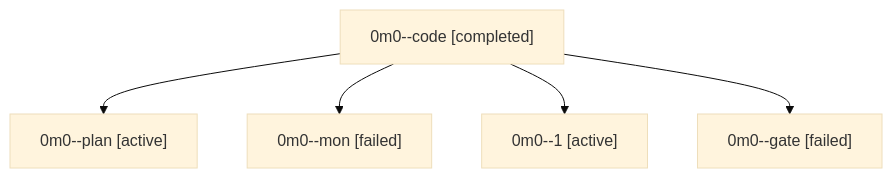
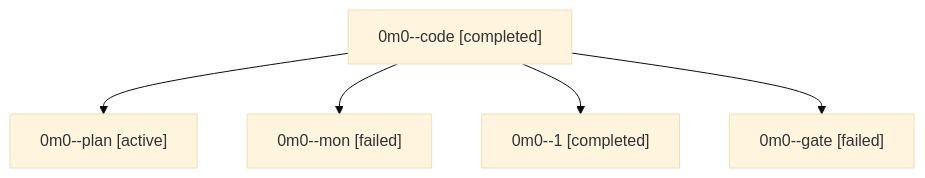
One commit to sase-org/sase--agents changed the diagram in families/bbugyi200.athena.0m0.md. Above: the diagram before and after it, drawn with Mermaid (base theme). The commit also changed other lines of this file and 35830 other files, not shown here.

````diff
--- a/families/bbugyi200.athena.0m0.md
+++ b/families/bbugyi200.athena.0m0.md
@@ -9,12 +9,12 @@
 ```mermaid
 flowchart TD
   n0["0m0--code [completed]"]
   n1["0m0--plan [active]"]
   n0 --> n1
   n2["0m0--mon [failed]"]
   n0 --> n2
-  n3["0m0--1 [active]"]
+  n3["0m0--1 [completed]"]
   n0 --> n3
   n4["0m0--gate [failed]"]
   n0 --> n4
 ```
````
